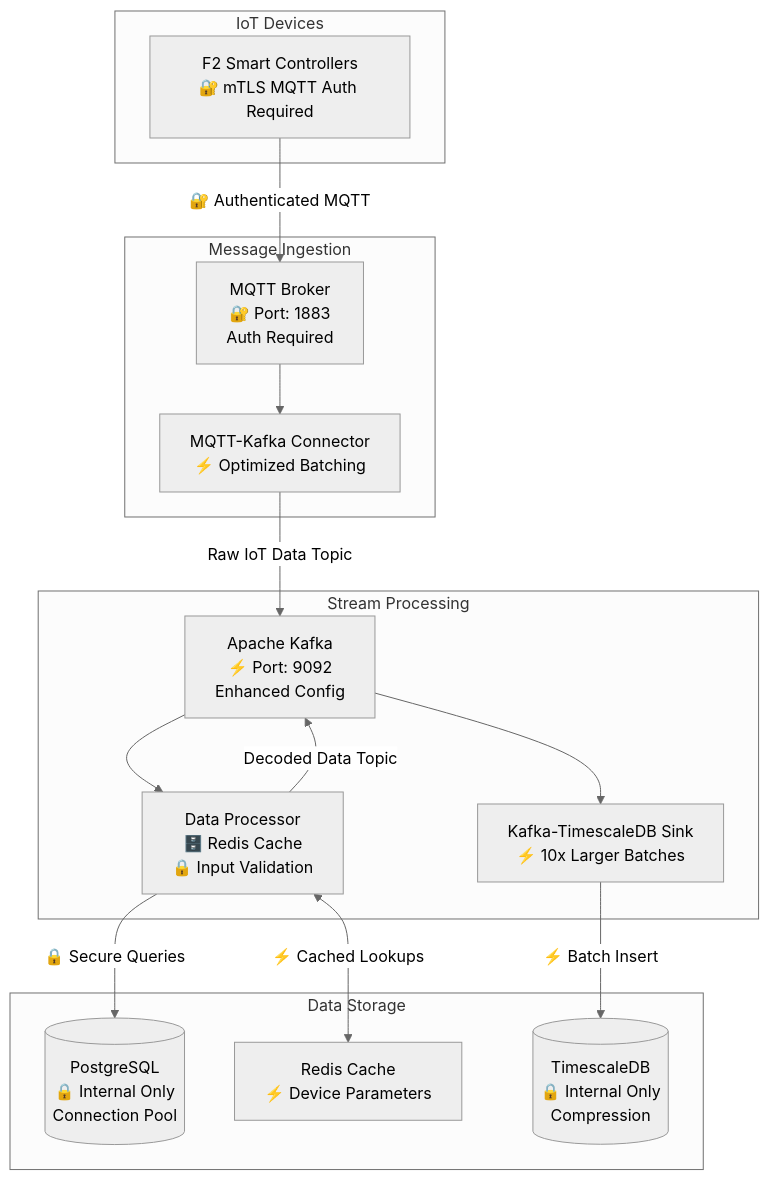
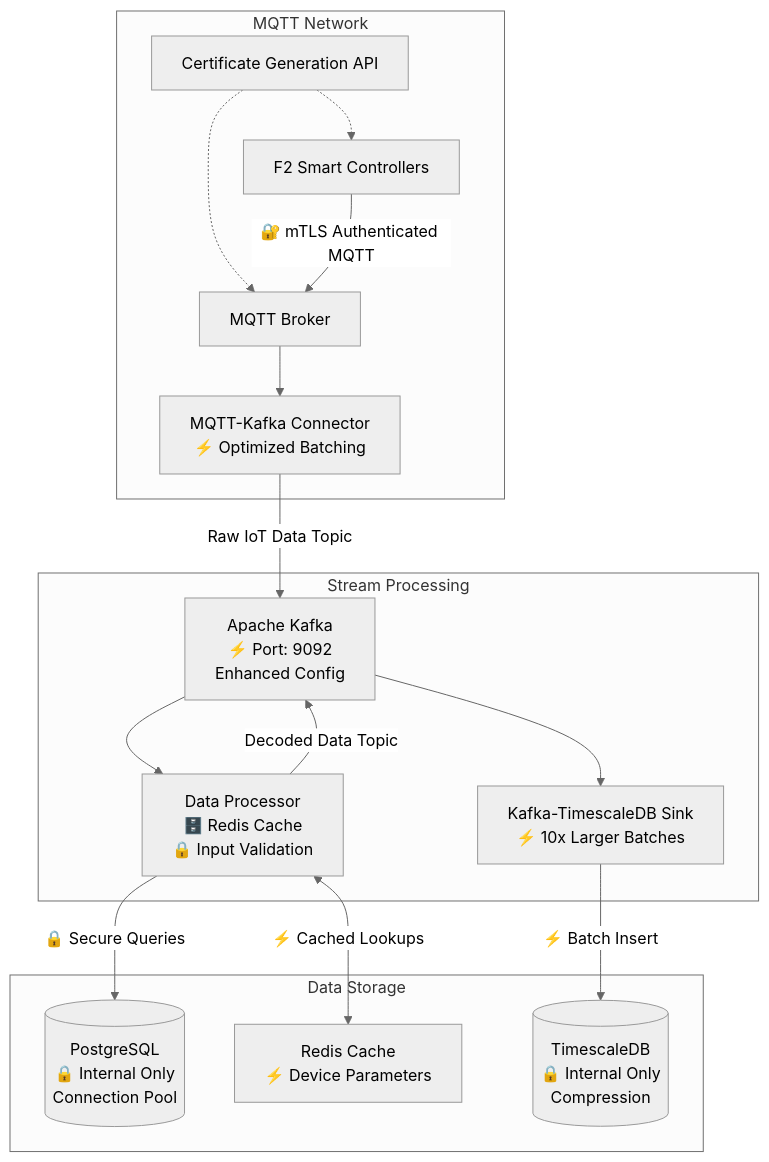
One commit to amoyavt/POC_MQTT changed the diagram in README.md. Above: the diagram before and after it, drawn with Mermaid (neutral theme). The commit also changed other lines of this file and 6 other files, not shown here.

Commit message:
feat: Remove outdated documentation files and enhance README with setup instructions and architecture overview

````diff
--- a/README.md
+++ b/README.md
@@ -23,36 +29,38 @@
 ```mermaid
 graph TB
-    subgraph "IoT Devices"
-        A[F2 Smart Controllers<br/>🔐 mTLS MQTT Auth Required]
-    end
-    
-    subgraph "Message Ingestion"
-        B[MQTT Broker<br/>🔐 Port: 1883<br/>Auth Required]
+    subgraph "MQTT Network"
+        A[F2 Smart Controllers]
+        B[MQTT Broker]
         C[MQTT-Kafka Connector<br/>⚡ Optimized Batching]
+        CA_API[Certificate Generation API]
+
     end
     
     subgraph "Stream Processing"
         D[Apache Kafka<br/>⚡ Port: 9092<br/>Enhanced Config]
         E[Data Processor<br/>🗄️ Redis Cache<br/>🔒 Input Validation]
         F[Kafka-TimescaleDB Sink<br/>⚡ 10x Larger Batches]
     end
     
     subgraph "Data Storage"
         G[(PostgreSQL<br/>🔒 Internal Only<br/>Connection Pool)]
         R[Redis Cache<br/>⚡ Device Parameters]
         H[(TimescaleDB<br/>🔒 Internal Only<br/>Compression)]
     end
-    
-    A -->|🔐 Authenticated MQTT| B
+
+
+    CA_API -.-> A
+    CA_API -.-> B
+    A -->|🔐 mTLS Authenticated MQTT| B
     B --> C
     C -->|Raw IoT Data Topic| D
     D --> E
     E <-->|⚡ Cached Lookups| R
     E -->|🔒 Secure Queries| G
     E -->|Decoded Data Topic| D
     D --> F
     F -->|⚡ Batch Insert| H
     
     class A,B,E,G,H security
     class C,D,F,R performance
 ```
````
